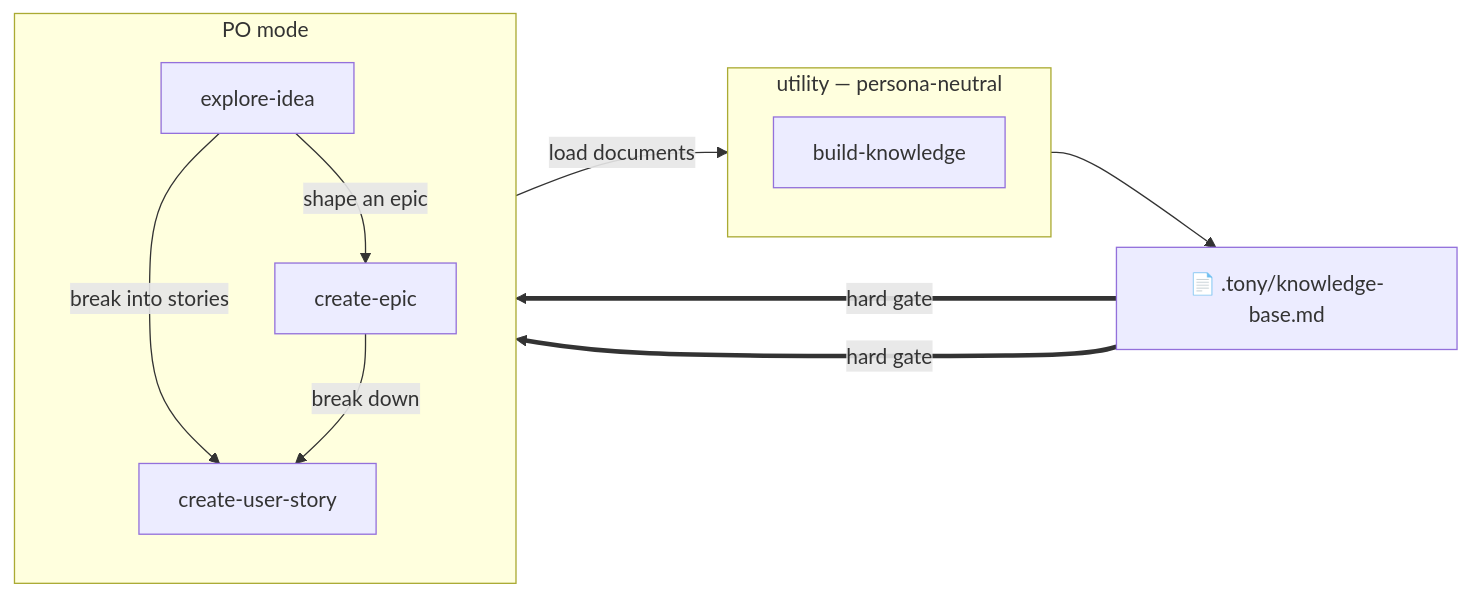
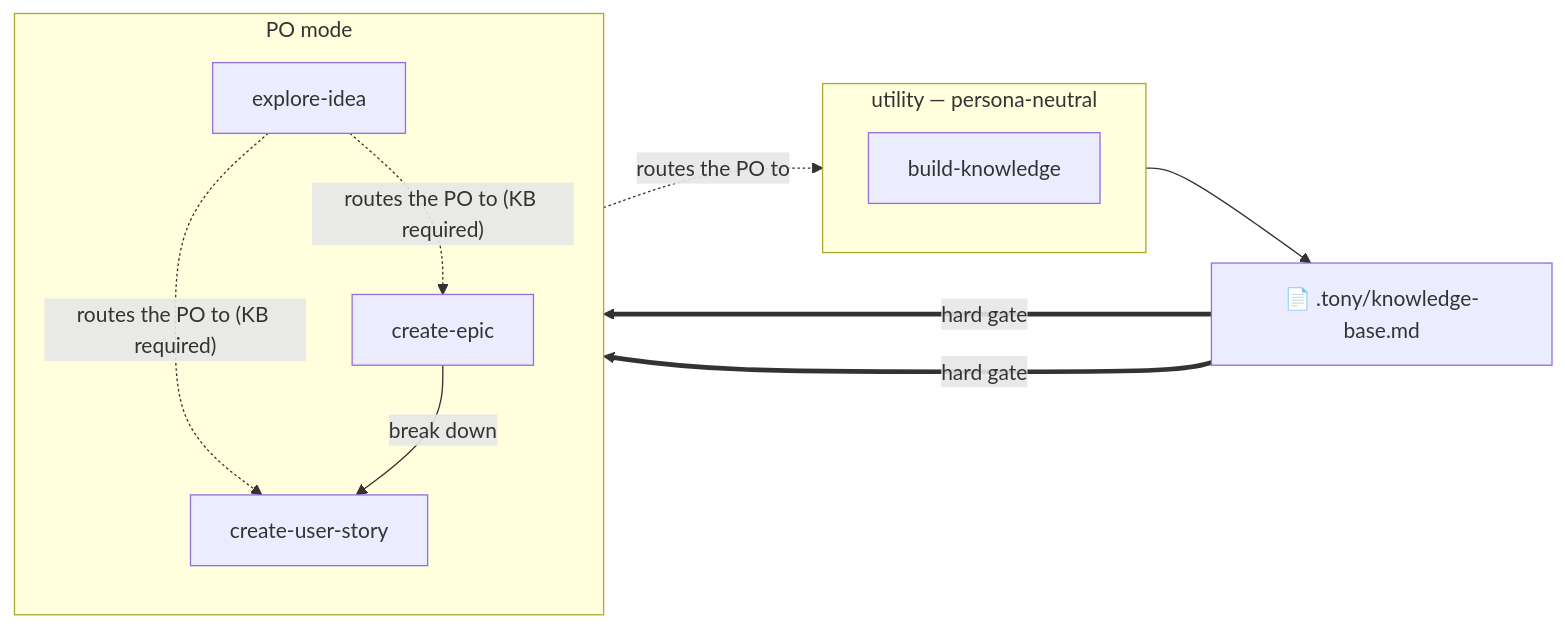
The diagram in README.md (jersson/tony-ai-tools), drawn with Mermaid before and after one commit. The commit also changed other lines of this file, not shown here.

Commit message:
docs(readme): fix diagram relation between explore-idea and build-knowledge
The mermaid diagram modeled 'explore-idea --load documents--> build-knowledge'
and direct 'shape/break' edges to the shaping skills, implying explore-idea
calls them or feeds the knowledge base. explore-idea only routes the PO: it
never loads documents or shapes anything. The diagram now uses dashed
'route the PO to' edges from explore-idea and a solid build-knowledge --> KB
edge, with the KB hard-gating only the shaping skills.

````diff
--- a/README.md
+++ b/README.md
@@ -38,24 +38,24 @@
 ```mermaid
 flowchart LR
     subgraph Utility["utility — persona-neutral"]
         direction TB
         BK["build-knowledge"]
     end
 
     subgraph PO["PO mode"]
         direction TB
         EI["explore-idea"]
         CE["create-epic"]
         CUS["create-user-story"]
     end
 
     KB["📄 .tony/knowledge-base.md"]
 
-    EI -->|"load documents"| BK
     BK --> KB
-    EI -->|"shape an epic"| CE
-    EI -->|"break into stories"| CUS
+    EI -.->|"routes the PO to"| BK
+    EI -.->|"routes the PO to (KB required)"| CE
+    EI -.->|"routes the PO to (KB required)"| CUS
     CE -->|"break down"| CUS
     KB == "hard gate" ==> CE
     KB == "hard gate" ==> CUS
 ```
````
